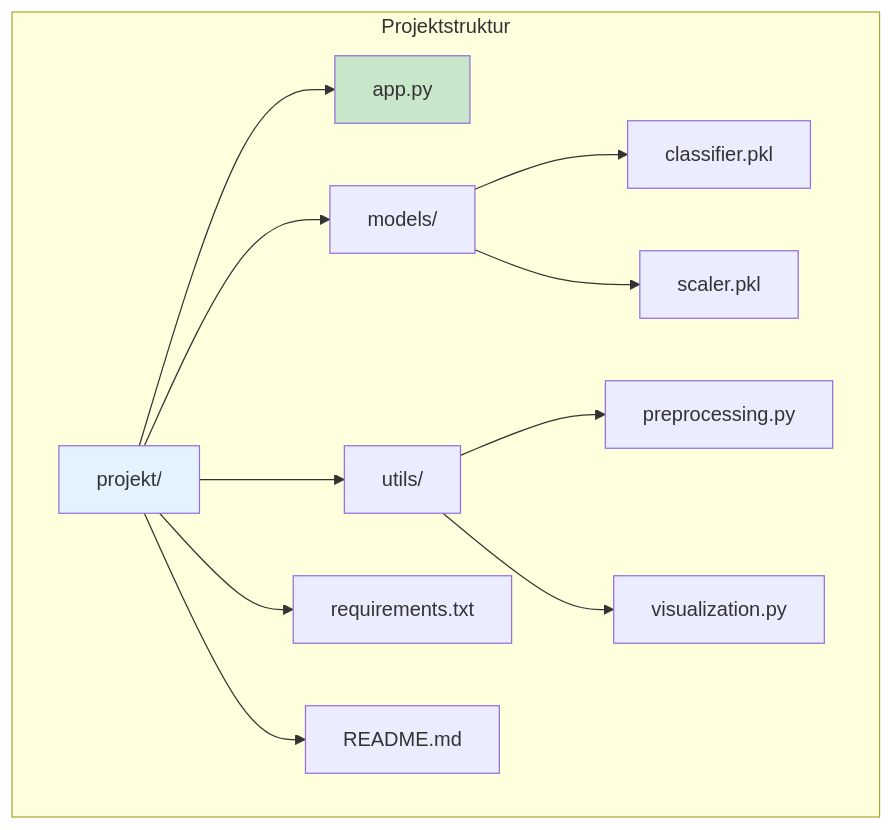
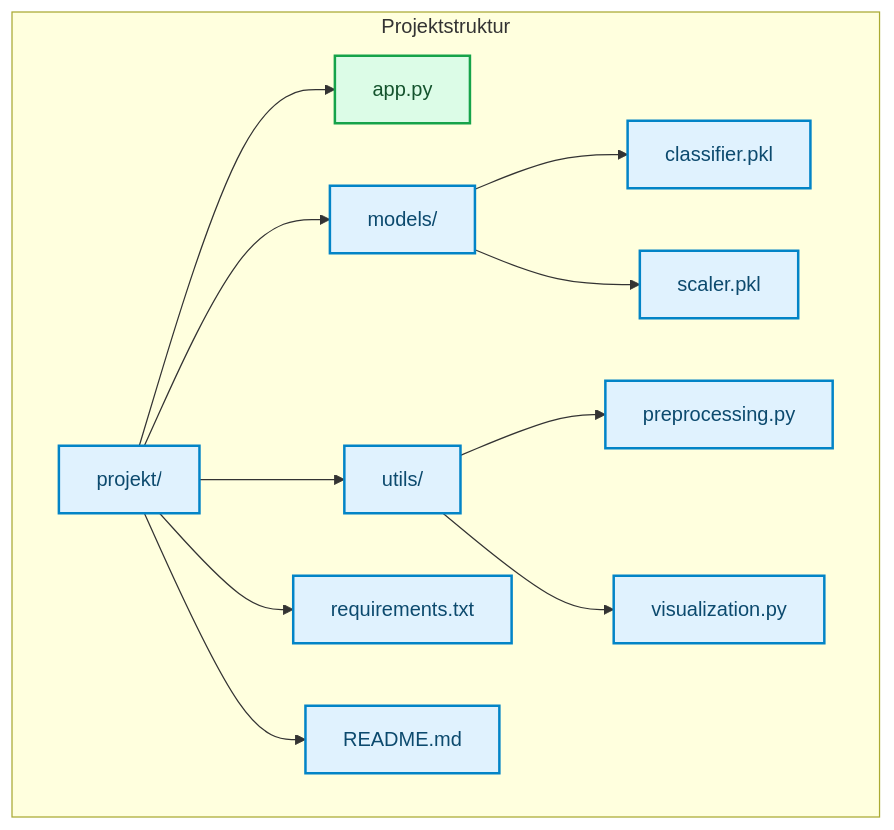
Before and after one commit to ralf-42/ML_Intro: the fifth of 6 diagrams in docs/deployment/Gradio_Deployment.md, drawn with Mermaid. The commit also changed other lines of this file and 67 other files, not shown here.

````diff
--- a/docs/deployment/Gradio_Deployment.md
+++ b/docs/deployment/Gradio_Deployment.md
@@ -491,19 +497,20 @@
 ```mermaid
 flowchart TD
     subgraph "Projektstruktur"
         A[projekt/] --> B[app.py]
         A --> C[models/]
         A --> D[utils/]
         A --> E[requirements.txt]
         A --> F[README.md]
         
         C --> C1[classifier.pkl]
         C --> C2[scaler.pkl]
         
         D --> D1[preprocessing.py]
         D --> D2[visualization.py]
     end
-    
-    style A fill:#e3f2fd
-    style B fill:#c8e6c9
+
+    classDef default fill:#e0f2fe,stroke:#0284c7,stroke-width:2px,color:#0c4a6e;
+    classDef output fill:#dcfce7,stroke:#16a34a,stroke-width:2px,color:#14532d;
+    class B output;
 ```
````
